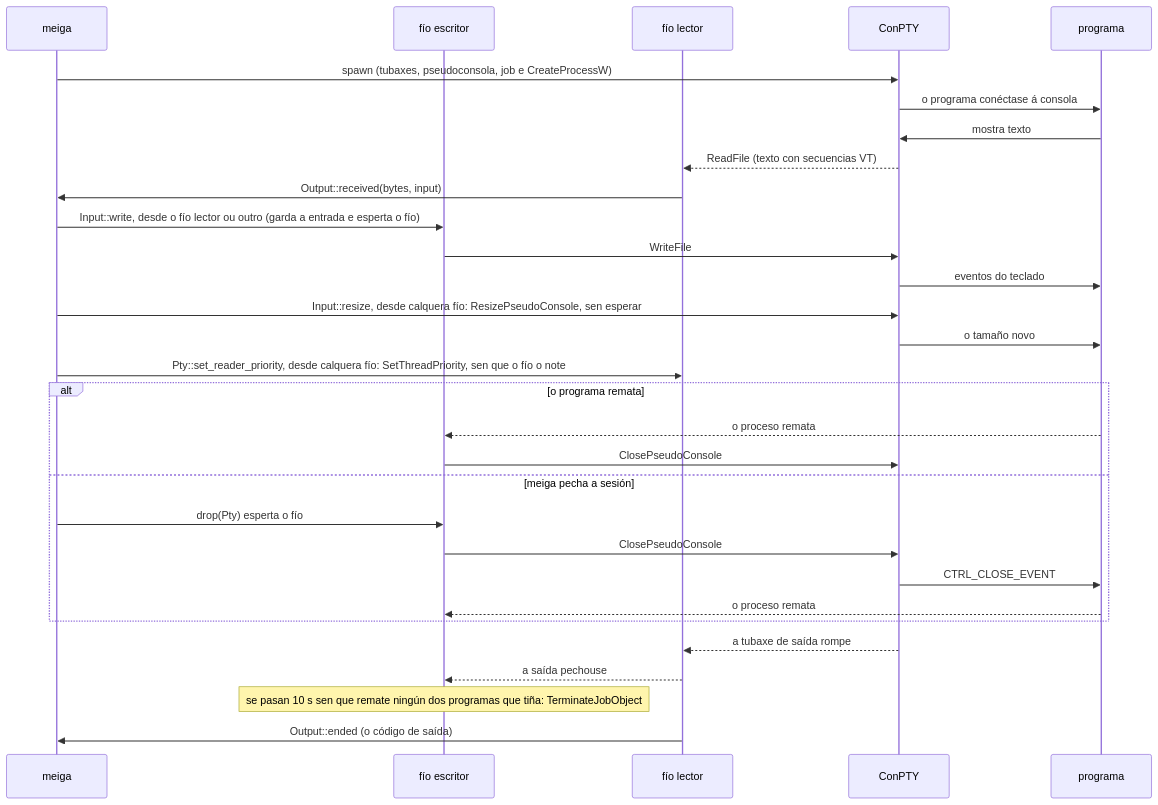
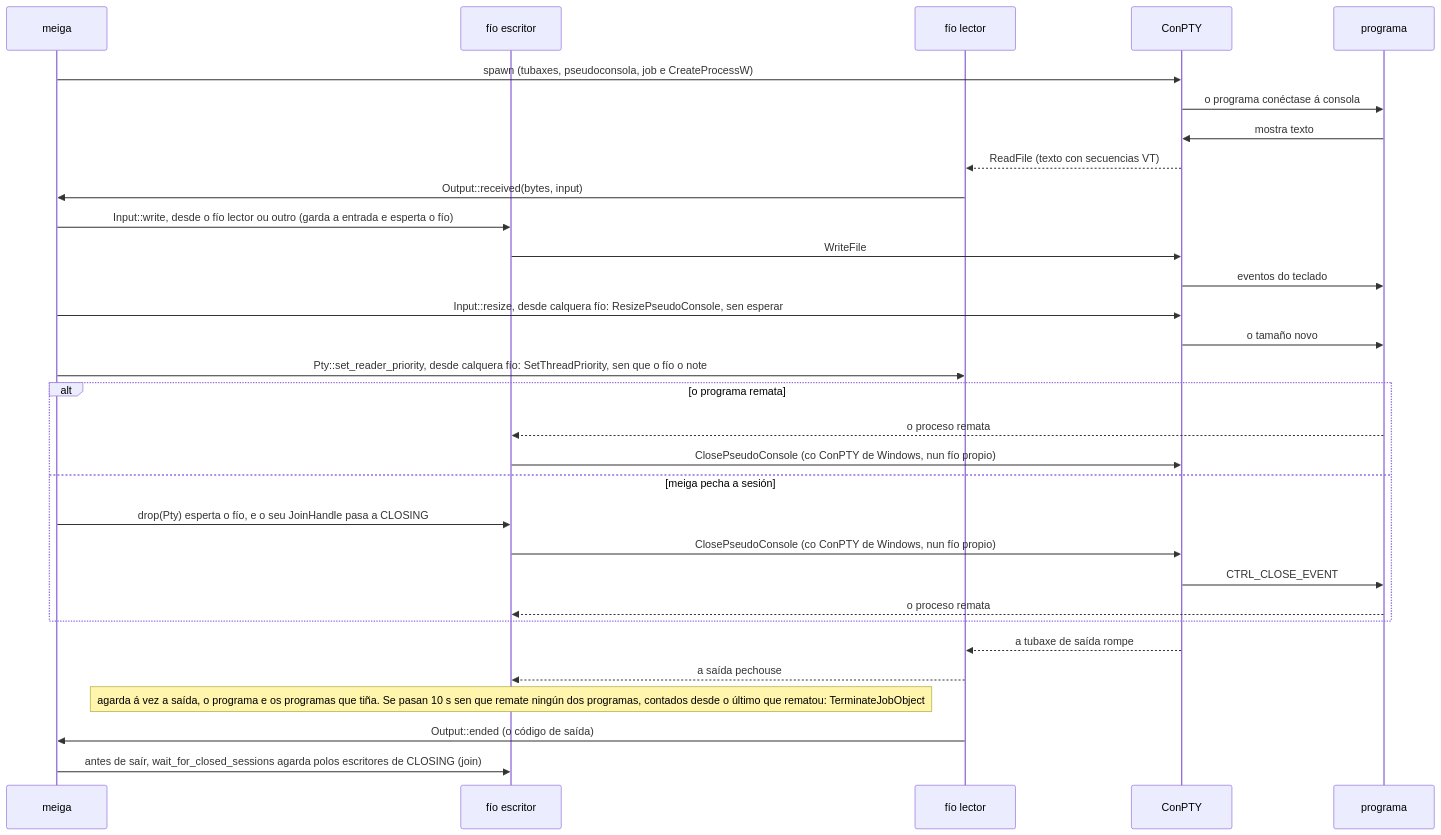
The fourth of 4 diagrams in docs/codigo/meiga-win.md (NewHouses/meiga), drawn with Mermaid before and after one commit. The commit also changed other lines of this file and 24 other files, not shown here.

First line of the commit message:
M2: Closing the sessions on exit (#28)

````diff
--- a/docs/codigo/meiga-win.md
+++ b/docs/codigo/meiga-win.md
@@ -2279,32 +2280,33 @@
 ```mermaid
 sequenceDiagram
     participant M as meiga
     participant W as fío escritor
     participant R as fío lector
     participant C as ConPTY
     participant P as programa
     M->>C: spawn (tubaxes, pseudoconsola, job e CreateProcessW)
     C->>P: o programa conéctase á consola
     P->>C: mostra texto
     C-->>R: ReadFile (texto con secuencias VT)
     R->>M: Output::received(bytes, input)
     M->>W: Input::write, desde o fío lector ou outro (garda a entrada e esperta o fío)
     W->>C: WriteFile
     C->>P: eventos do teclado
     M->>C: Input::resize, desde calquera fío: ResizePseudoConsole, sen esperar
     C->>P: o tamaño novo
     M->>R: Pty::set_reader_priority, desde calquera fío: SetThreadPriority, sen que o fío o note
     alt o programa remata
         P-->>W: o proceso remata
-        W->>C: ClosePseudoConsole
+        W->>C: ClosePseudoConsole (co ConPTY de Windows, nun fío propio)
     else meiga pecha a sesión
-        M->>W: drop(Pty) esperta o fío
-        W->>C: ClosePseudoConsole
+        M->>W: drop(Pty) esperta o fío, e o seu JoinHandle pasa a CLOSING
+        W->>C: ClosePseudoConsole (co ConPTY de Windows, nun fío propio)
         C->>P: CTRL_CLOSE_EVENT
         P-->>W: o proceso remata
     end
     C-->>R: a tubaxe de saída rompe
     R-->>W: a saída pechouse
-    Note over W: se pasan 10 s sen que remate ningún dos programas que tiña: TerminateJobObject
+    Note over W: agarda á vez a saída, o programa e os programas que tiña. Se pasan 10 s sen que remate ningún dos programas, contados desde o último que rematou: TerminateJobObject
     R->>M: Output::ended (o código de saída)
+    M->>W: antes de saír, wait_for_closed_sessions agarda polos escritores de CLOSING (join)
 ```
````
